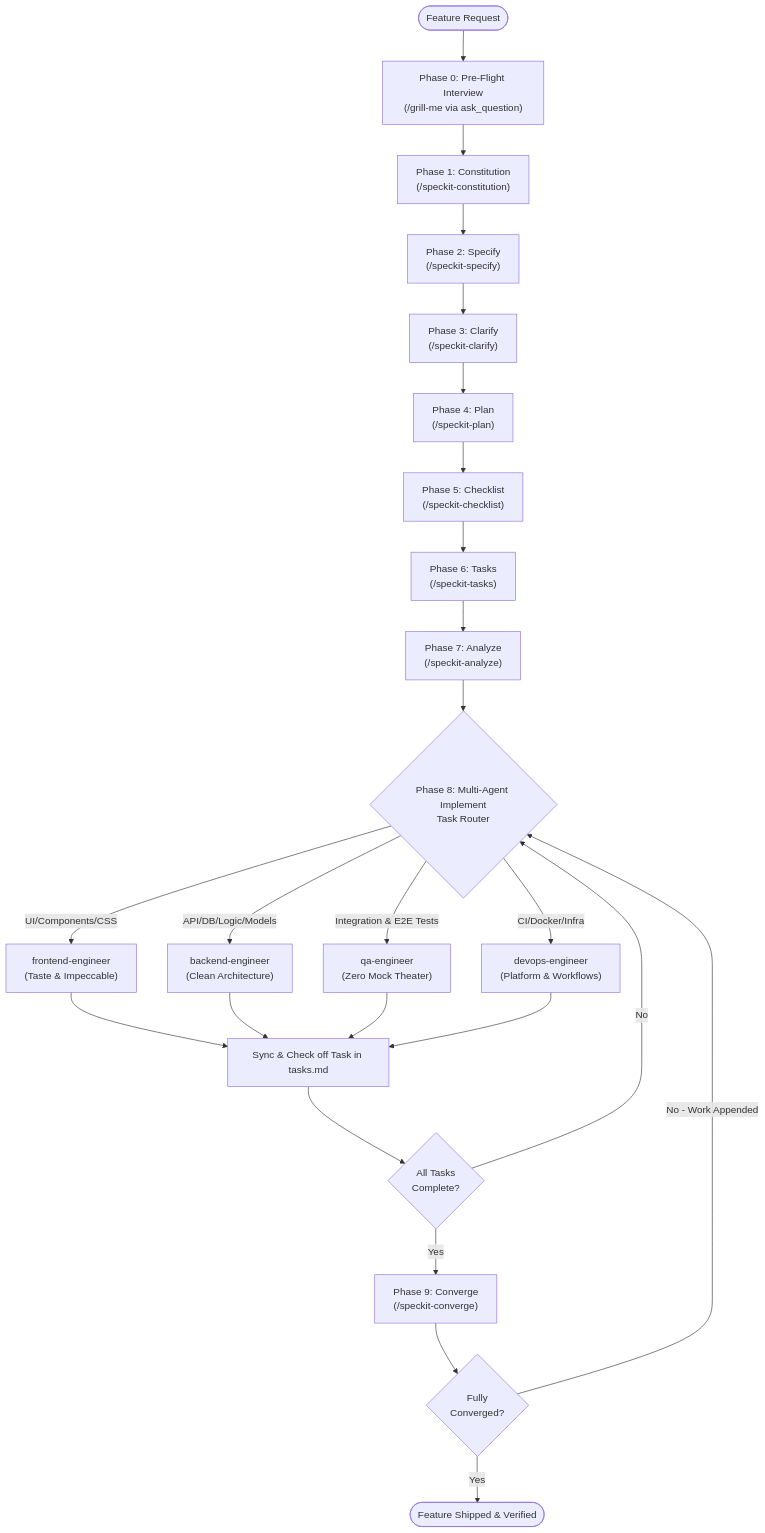
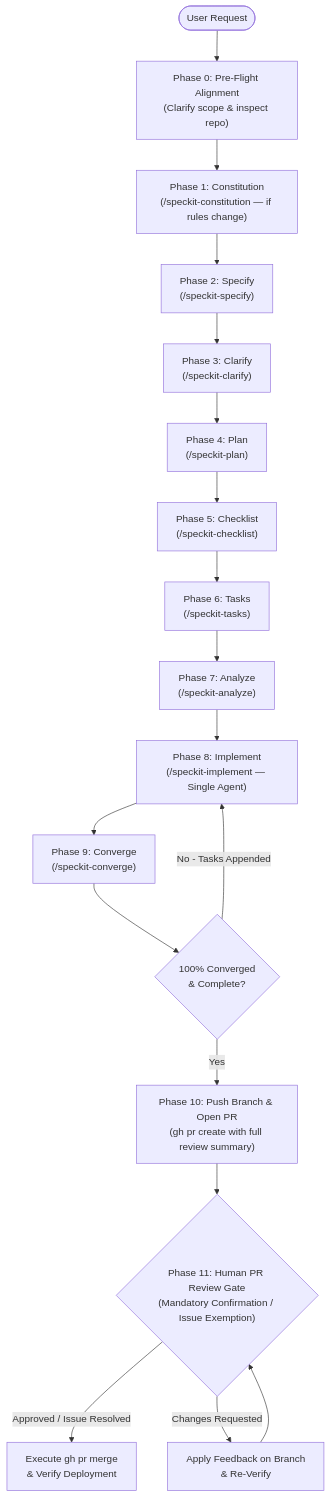
Before and after one commit to Velocta/fbuploadpro: the diagram in .agents/AGENTS.md, drawn with Mermaid. The commit also changed other lines of this file and 39 other files, not shown here.

Commit message:
chore(governance): refactor to single-agent SpecKit SDD workflow and remove subagents

````diff
--- a/.agents/AGENTS.md
+++ b/.agents/AGENTS.md
@@ -11,29 +11,20 @@
 ```mermaid
 flowchart TD
-    Req(["Feature Request"]) --> G["Phase 0: Pre-Flight Interview\n(/grill-me via ask_question)"]
-    G --> C["Phase 1: Constitution\n(/speckit-constitution)"]
+    Req(["User Request"]) --> G["Phase 0: Pre-Flight Alignment\n(Clarify scope & inspect repo)"]
+    G --> C["Phase 1: Constitution\n(/speckit-constitution — if rules change)"]
     C --> S["Phase 2: Specify\n(/speckit-specify)"]
     S --> CL["Phase 3: Clarify\n(/speckit-clarify)"]
     CL --> P["Phase 4: Plan\n(/speckit-plan)"]
     P --> CH["Phase 5: Checklist\n(/speckit-checklist)"]
     CH --> T["Phase 6: Tasks\n(/speckit-tasks)"]
     T --> A["Phase 7: Analyze\n(/speckit-analyze)"]
-    A --> Dispatch{"Phase 8: Multi-Agent Implement\nTask Router"}
-    
-    Dispatch -->|"UI/Components/CSS"| FE["frontend-engineer\n(Taste & Impeccable)"]
-    Dispatch -->|"API/DB/Logic/Models"| BE["backend-engineer\n(Clean Architecture)"]
-    Dispatch -->|"Integration & E2E Tests"| QA["qa-engineer\n(Zero Mock Theater)"]
-    Dispatch -->|"CI/Docker/Infra"| DO["devops-engineer\n(Platform & Workflows)"]
-    
-    FE --> Sync["Sync & Check off Task in tasks.md"]
-    BE --> Sync
-    QA --> Sync
-    DO --> Sync
-    
-    Sync --> DoneCheck{"All Tasks\nComplete?"}
-    DoneCheck -->|No| Dispatch
-    DoneCheck -->|Yes| CV["Phase 9: Converge\n(/speckit-converge)"]
-    CV --> Converged{"Fully\nConverged?"}
-    Converged -->|No - Work Appended| Dispatch
-    Converged -->|Yes| Done(["Feature Shipped & Verified"])
+    A --> I["Phase 8: Implement\n(/speckit-implement — Single Agent)"]
+    I --> CV["Phase 9: Converge\n(/speckit-converge)"]
+    CV --> Converged{"100% Converged\n& Complete?"}
+    Converged -->|No - Tasks Appended| I
+    Converged -->|Yes| PR["Phase 10: Push Branch & Open PR\n(gh pr create with full review summary)"]
+    PR --> Gate{"Phase 11: Human PR Review Gate\n(Mandatory Confirmation / Issue Exemption)"}
+    Gate -->|"Approved / Issue Resolved"| Merge["Execute gh pr merge\n& Verify Deployment"]
+    Gate -->|"Changes Requested"| Fix["Apply Feedback on Branch\n& Re-Verify"]
+    Fix --> Gate
 ```
````
